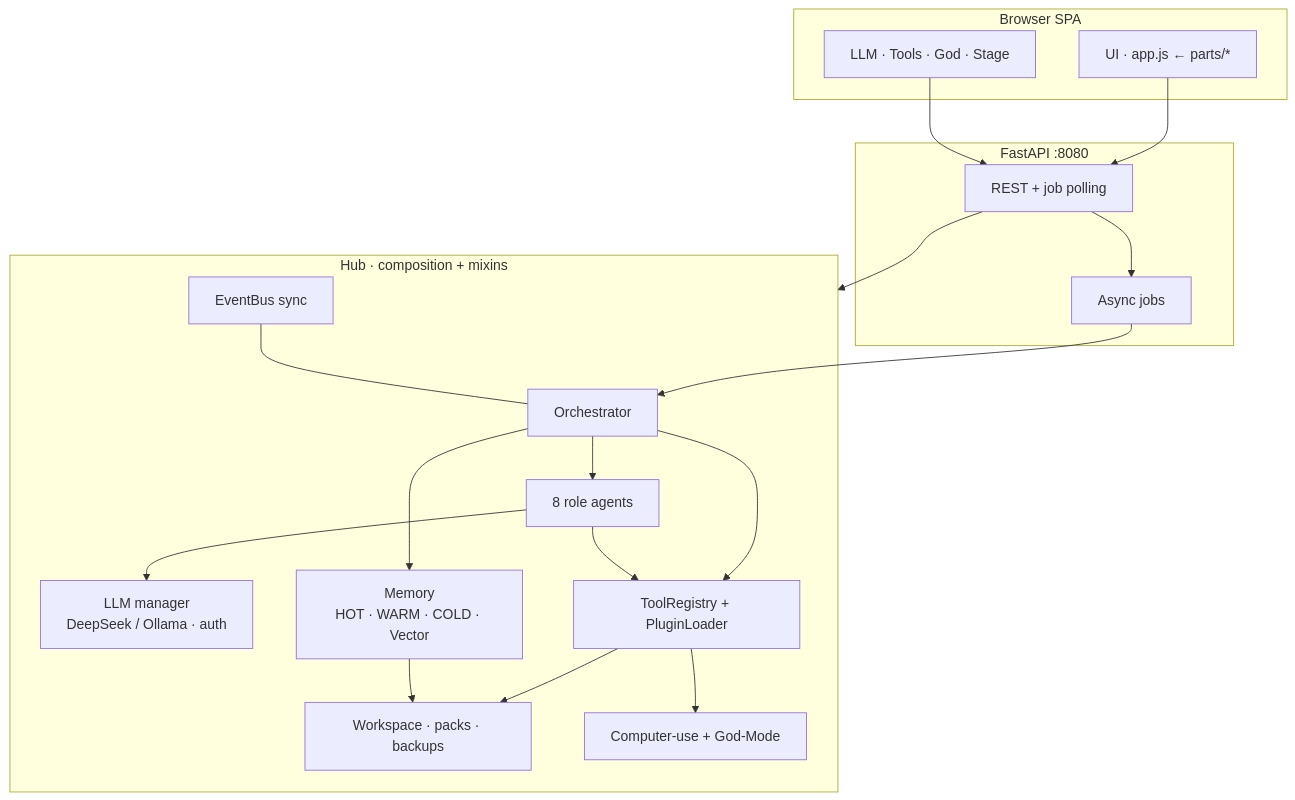
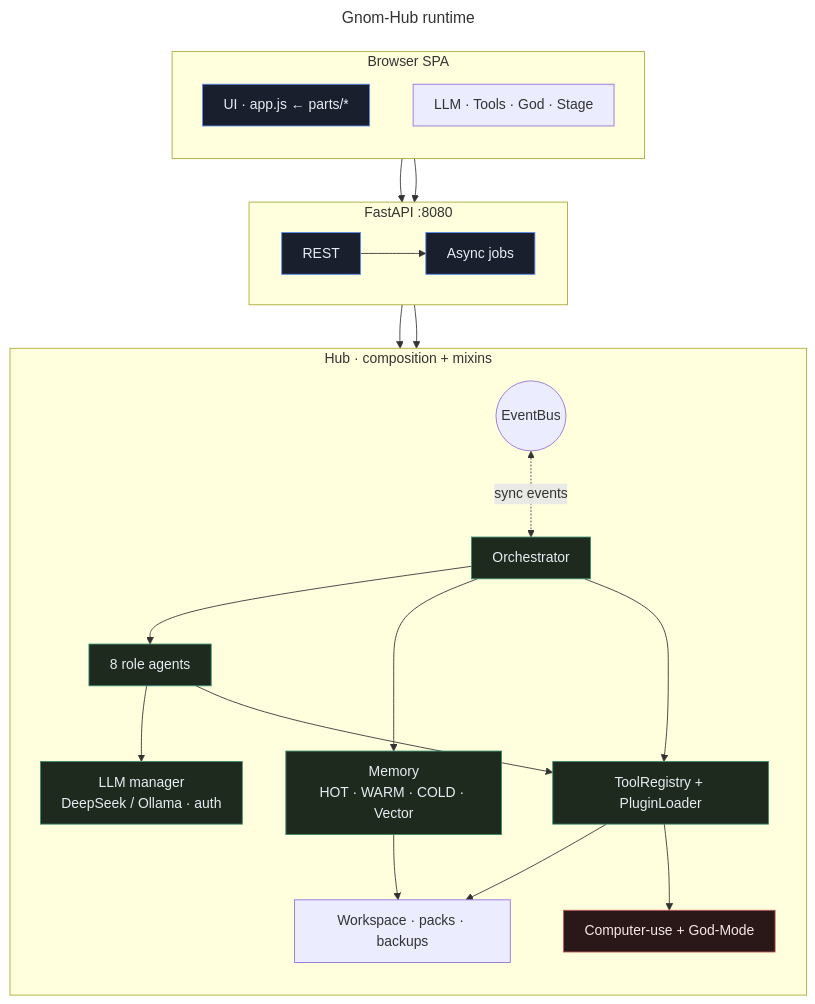
The first of 7 diagrams in docs/ARCHITECTURE.md (landjunge/gnom-hub-v1), drawn with Mermaid before and after one commit. The commit also changed other lines of this file and 3 other files, not shown here.

First line of the commit message:
docs: deepen Mermaid syntax (state, sequence, classDef, guide)

````diff
--- a/docs/ARCHITECTURE.md
+++ b/docs/ARCHITECTURE.md
@@ -13,38 +14,55 @@
 ```mermaid
+---
+title: Gnom-Hub runtime
+config:
+  flowchart:
+    curve: basis
+    padding: 12
+---
 flowchart TB
   subgraph Client["Browser SPA"]
+    direction TB
     UI["UI · app.js ← parts/*"]
     Badges["LLM · Tools · God · Stage"]
   end
 
   subgraph API["FastAPI :8080"]
-    REST["REST + job polling"]
+    direction LR
+    REST["REST"]
     Jobs["Async jobs"]
   end
 
   subgraph Hub["Hub · composition + mixins"]
-    Bus["EventBus sync"]
+    direction TB
+    Bus((EventBus))
     Orch["Orchestrator"]
     Agents["8 role agents"]
-    LLM["LLM manager\nDeepSeek / Ollama · auth"]
-    Mem["Memory\nHOT · WARM · COLD · Vector"]
+    LLM["LLM manager<br/>DeepSeek / Ollama · auth"]
+    Mem["Memory<br/>HOT · WARM · COLD · Vector"]
     Tools["ToolRegistry + PluginLoader"]
     WS["Workspace · packs · backups"]
     CU["Computer-use + God-Mode"]
   end
 
   UI --> REST
   Badges --> REST
   REST --> Jobs
-  REST --> Hub
   Jobs --> Orch
-  Bus --- Orch
+  REST --> Orch
+  Bus <-.->|"sync events"| Orch
   Orch --> Agents
   Agents --> LLM
   Orch --> Mem
   Orch --> Tools
   Agents --> Tools
   Tools --> WS
   Tools --> CU
   Mem --> WS
+
+  classDef ui fill:#1a1f2e,stroke:#5b8def,color:#e6edf3
+  classDef core fill:#1e2a1e,stroke:#3a8f6e,color:#e6edf3
+  classDef danger fill:#2a1818,stroke:#c45c5c,color:#f5e6e6
+  class UI,REST,Jobs ui
+  class Orch,Agents,LLM,Mem,Tools core
+  class CU danger
 ```
````
